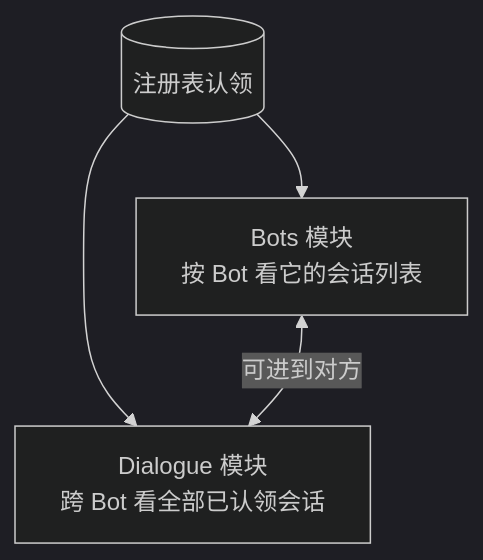
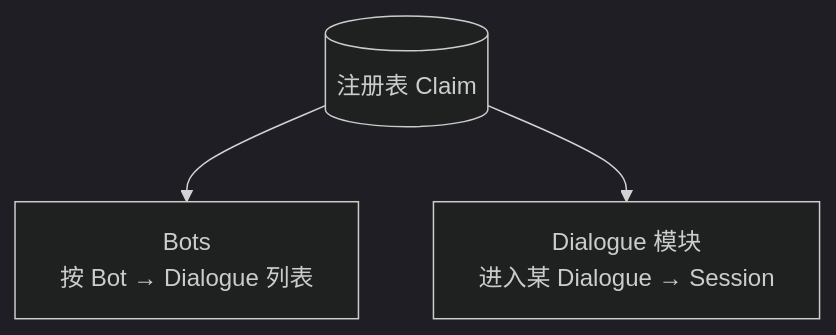
The sixth of 6 diagrams in docs/BOT_SESSION_MAP.md (aningdev/MyAid), drawn with Mermaid (dark theme) before and after one commit. The commit also changed other lines of this file and 26 other files, not shown here.

````diff
--- a/docs/BOT_SESSION_MAP.md
+++ b/docs/BOT_SESSION_MAP.md
@@ -123,9 +122,8 @@
 ```mermaid
 flowchart TB
-  claims[(注册表认领)]
-  bots["Bots 模块<br/>按 Bot 看它的会话列表"]
-  chat["Dialogue 模块<br/>跨 Bot 看全部已认领会话"]
+  claims[(注册表 Claim)]
+  bots["Bots<br/>按 Bot → Dialogue 列表"]
+  chat["Dialogue 模块<br/>进入某 Dialogue → Session"]
   claims --> bots
   claims --> chat
-  bots <-->|"可进到对方"| chat
 ```
````
